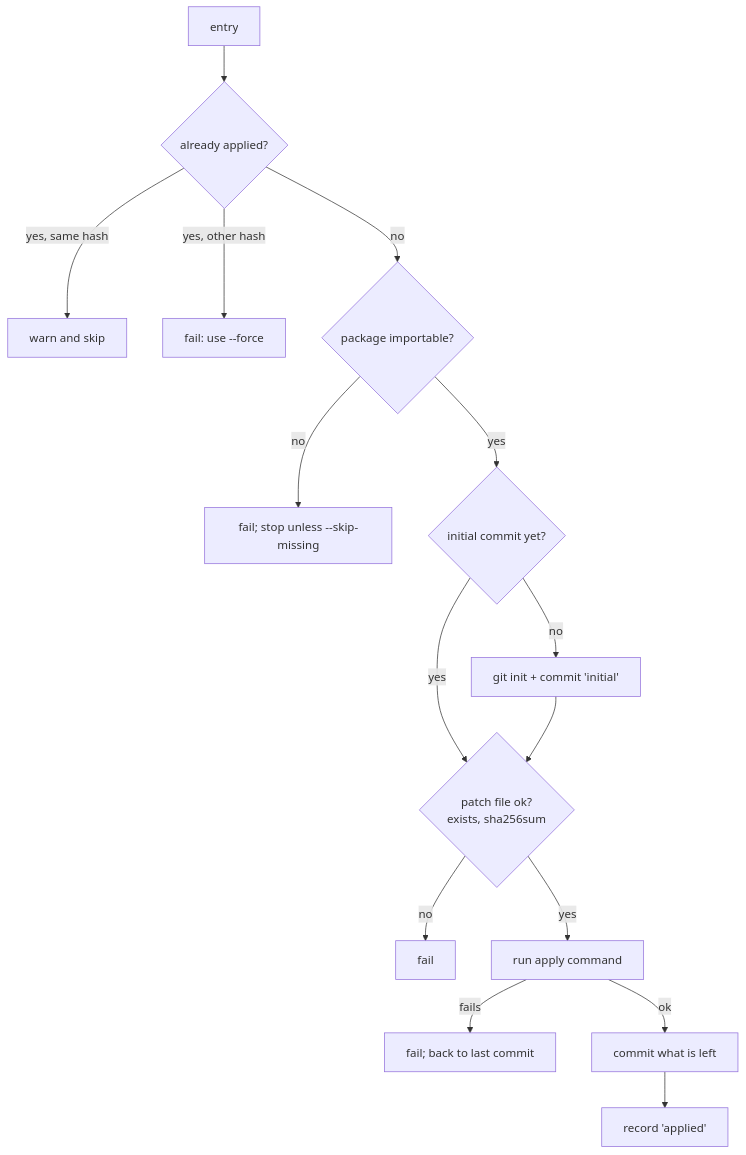
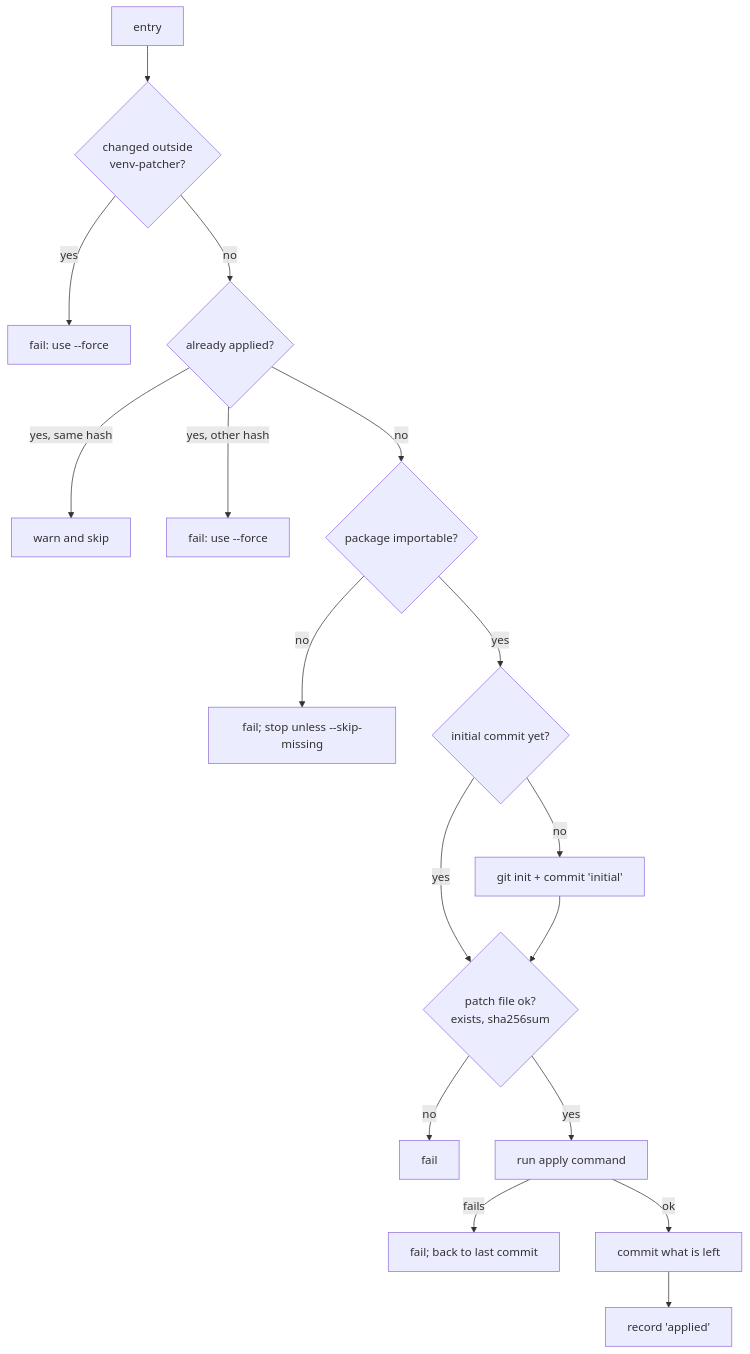
Before and after one commit to thorsten-klein/venv-patcher: the second of 3 diagrams in doc/concepts/how-it-works.md, drawn with Mermaid. The commit also changed other lines of this file and 12 other files, not shown here.

````diff
--- a/doc/concepts/how-it-works.md
+++ b/doc/concepts/how-it-works.md
@@ -71,17 +73,19 @@
 ```mermaid
 flowchart TD
-    A[entry] --> B{already applied?}
+    A[entry] --> X{changed outside<br/>venv-patcher?}
+    X -- yes --> F0[fail: use --force]
+    X -- no --> B{already applied?}
     B -- yes, same hash --> S[warn and skip]
     B -- yes, other hash --> F1[fail: use --force]
     B -- no --> C{package importable?}
     C -- no --> F2[fail; stop unless --skip-missing]
     C -- yes --> D{initial commit yet?}
     D -- no --> E[git init + commit 'initial']
     D -- yes --> G
     E --> G{patch file ok?<br/>exists, sha256sum}
     G -- no --> F3[fail]
     G -- yes --> H[run apply command]
     H -- fails --> F4[fail; back to last commit]
     H -- ok --> I[commit what is left]
     I --> R[record 'applied']
 ```
````
